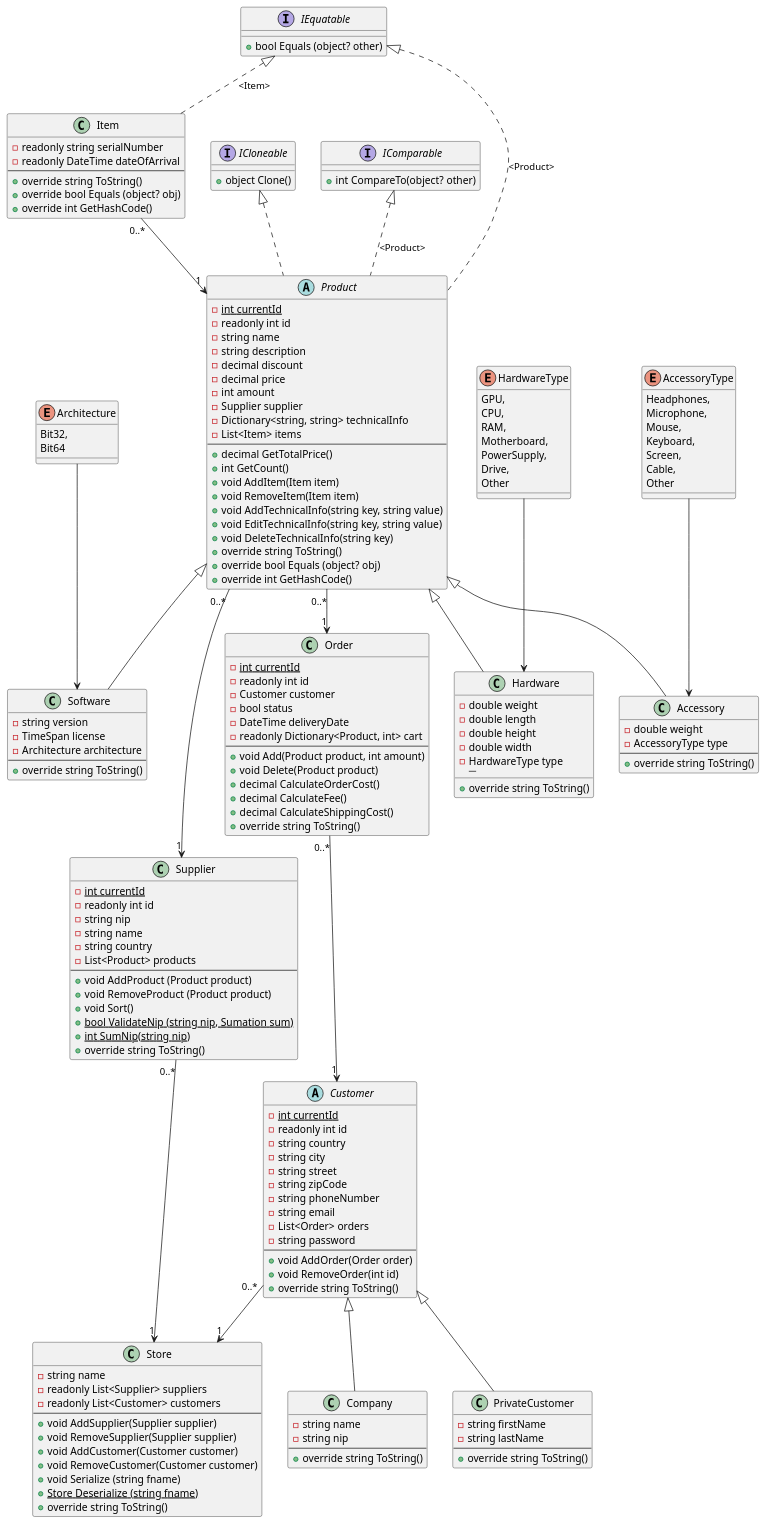
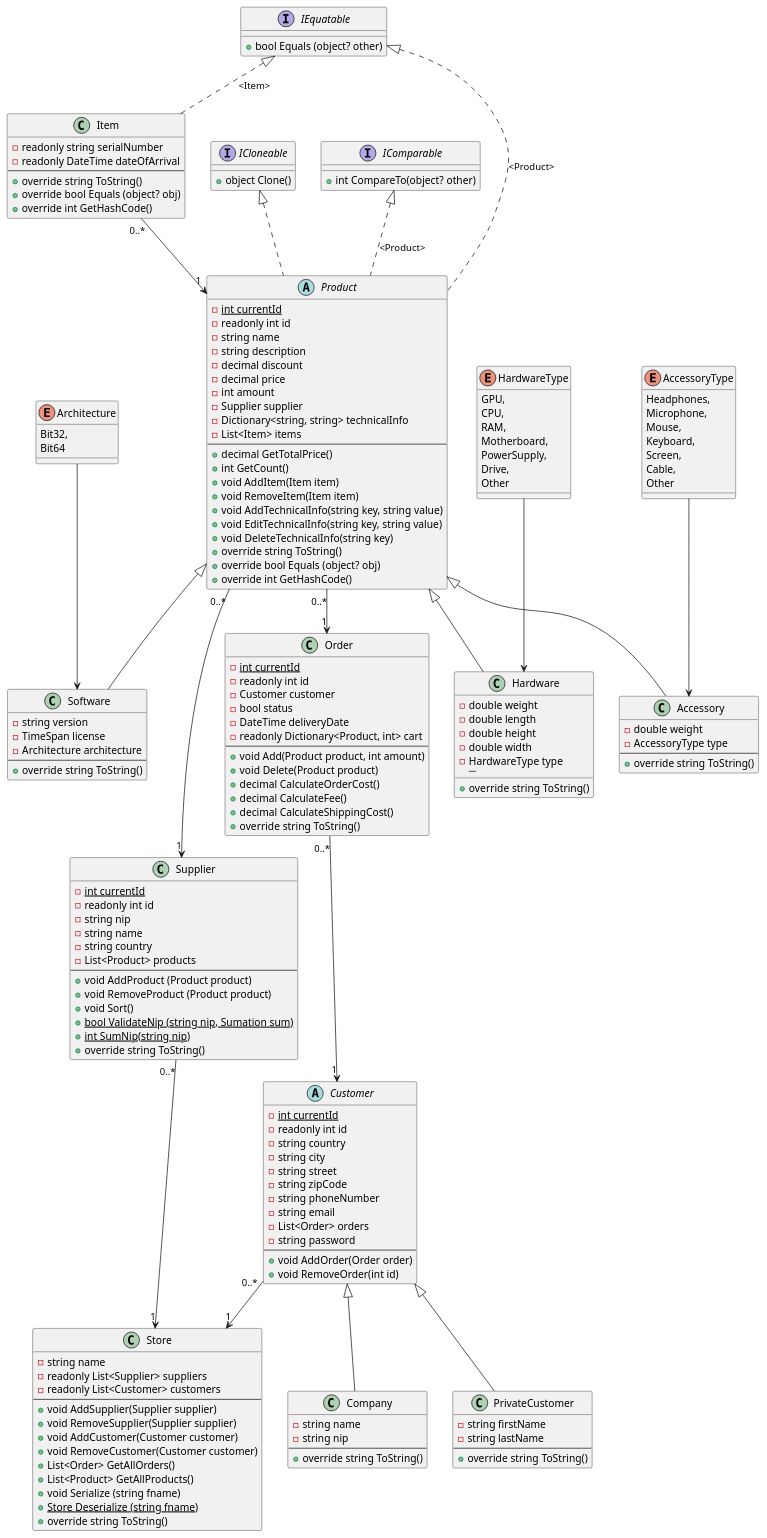
Before and after one commit to Couch-bit/Computer-Store: the diagram in Classes/UML.wsd, drawn with PlantUML. The commit also changed 25 other files, not shown here.

```diff
--- a/Classes/UML.wsd
+++ b/Classes/UML.wsd
@@ -1,192 +1,193 @@
 @startuml Project
 class Supplier {
   -{static} int currentId
   -readonly int id
   -string nip
   -string name
   -string country
   -List<Product> products
   ----
   + void AddProduct (Product product)
   + void RemoveProduct (Product product)
   + void Sort()
   + {static} bool ValidateNip (string nip, Sumation sum)
   + {static} int SumNip(string nip)
   + override string ToString()
 }
 
 class Company {
   -string name
   -string nip
   ----
   + override string ToString()
 }
 
 class PrivateCustomer{
   -string firstName
   -string lastName
   ----
   + override string ToString()
 }
 
 abstract Customer {
   -{static} int currentId
   -readonly int id
   -string country
   -string city
   -string street
   -string zipCode
   -string phoneNumber
   -string email
   -List<Order> orders
   -string password
   ----
   + void AddOrder(Order order)
   + void RemoveOrder(int id)
-  + override string ToString()
 }
 
 class Order {
   -{static} int currentId
   -readonly int id
   -Customer customer
   -bool status
   -DateTime deliveryDate
   -readonly Dictionary<Product, int> cart
   ----
   + void Add(Product product, int amount)
   + void Delete(Product product)
   + decimal CalculateOrderCost()
   + decimal CalculateFee()
   + decimal CalculateShippingCost()
   + override string ToString()
 }
 
 abstract Product{
   -{static} int currentId
   -readonly int id
   -string name
   -string description
   -decimal discount
   -decimal price
   -int amount
   -Supplier supplier
   -Dictionary<string, string> technicalInfo
   -List<Item> items
   ----
   + decimal GetTotalPrice()
   + int GetCount()
   + void AddItem(Item item)
   + void RemoveItem(Item item)
   + void AddTechnicalInfo(string key, string value)
   + void EditTechnicalInfo(string key, string value)
   + void DeleteTechnicalInfo(string key)
   + override string ToString()
   + override bool Equals (object? obj)
   + override int GetHashCode()
 }
 
 class Item{
   - readonly string serialNumber
   - readonly DateTime dateOfArrival
   ----
   + override string ToString()
   + override bool Equals (object? obj)
   + override int GetHashCode()
 }
 
 class Store{
   - string name
   - readonly List<Supplier> suppliers
   - readonly List<Customer> customers
   ----
   + void AddSupplier(Supplier supplier)
   + void RemoveSupplier(Supplier supplier)
   + void AddCustomer(Customer customer)
-  + void RemoveCustomer(Customer customer)
+  + void RemoveCustomer(Customer customer) 
+  + List<Order> GetAllOrders()
+  + List<Product> GetAllProducts()
   + void Serialize (string fname)
   + {static} Store Deserialize (string fname)
   + override string ToString()
 }
 
 enum HardwareType{
   GPU,
   CPU,
   RAM,
   Motherboard,
   PowerSupply,
   Drive,
   Other
 }
 
 enum AccessoryType{
   Headphones,
   Microphone,
   Mouse,
   Keyboard,
   Screen,
   Cable,
   Other
 }
 
 enum Architecture{
   Bit32,
   Bit64
 }
 
 class Hardware{
   -double weight
   -double length
   -double height
   -double width
   -HardwareType type
   ---- 
   + override string ToString()
 }
 
 class Software{
   -string version
   -TimeSpan license
   -Architecture architecture
   ----
   + override string ToString()
 }
 
 class Accessory{
   -double weight
   -AccessoryType type
   ----
   + override string ToString()
 }
 
 interface ICloneable{
   + object Clone()
 }
 
 interface IComparable{
   + int CompareTo(object? other)
 }
 
 interface IEquatable{
   + bool Equals (object? other)
 }
 
 IEquatable <|-[dashed]- Item : "<Item>"
 IComparable <|-[dashed]- Product : "<Product>"
 IEquatable <|-[dashed]- Product : "<Product>"
 abstract Product implements ICloneable
 HardwareType --> Hardware
 AccessoryType --> Accessory
 Architecture --> Software
 Product <|-- Accessory
 Product <|-- Software
 Product <|-- Hardware
 Customer	<|-- Company
 Customer	<|-- PrivateCustomer
 Supplier "0..*" --> "1" Store
 Customer "0..*" --> "1" Store
 Product "0..*" --> "1" Order
 Product "0..*" --> "1" Supplier
 Order "0..*" --> "1" Customer
 Item "0..*" --> "1" Product
 @enduml
```
